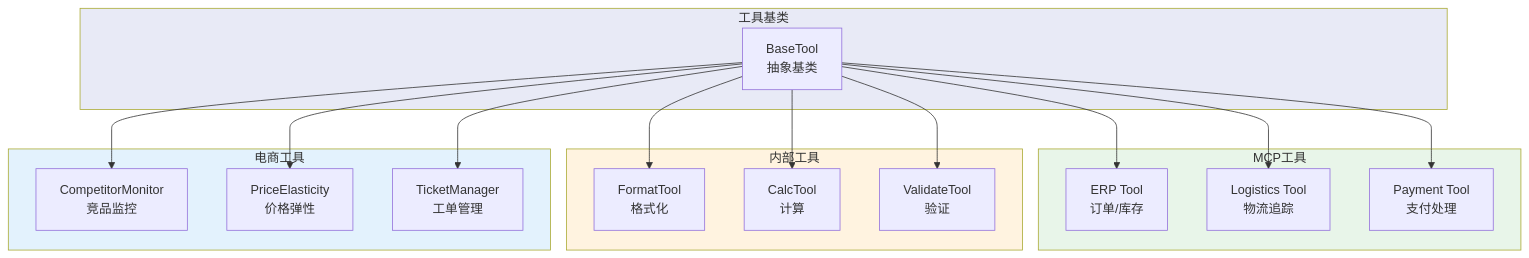
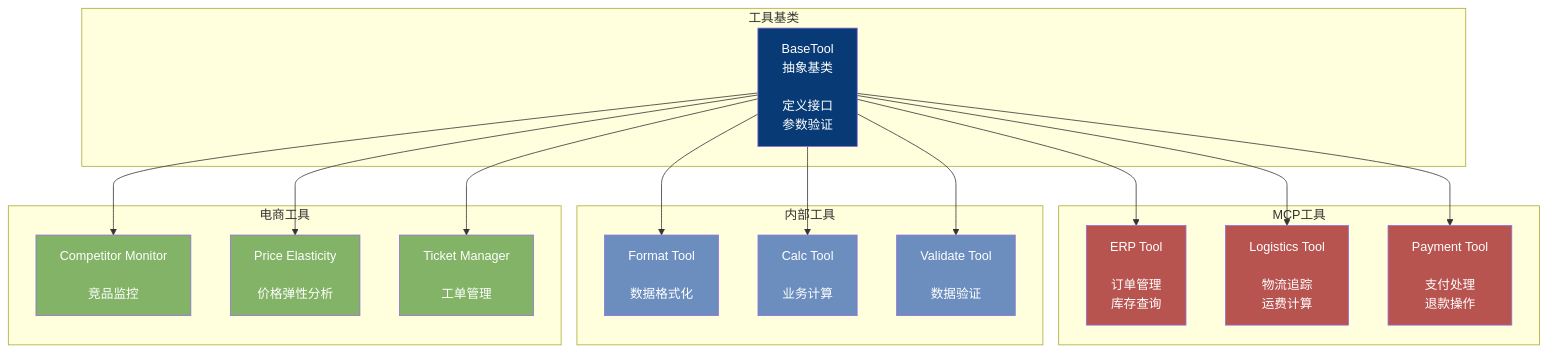
The first of 2 diagrams in OpsPilot/docs/architecture/module-tool.md (Aiting-for-you/OpsPilot), drawn with Mermaid before and after one commit. The commit also changed other lines of this file and 6 other files, not shown here.

Commit message:
style: 重构架构图设计，采用C4模型原则

````diff
--- a/OpsPilot/docs/architecture/module-tool.md
+++ b/OpsPilot/docs/architecture/module-tool.md
@@ -5,39 +5,45 @@
 ```mermaid
 graph TB
     subgraph 工具基类
-        BASE["BaseTool<br/>抽象基类"]
+        BASE[BaseTool<br/>抽象基类<br/><br/>定义接口<br/>参数验证]
     end
-    
+
     subgraph MCP工具
-        ERP["ERP Tool<br/>订单/库存"]
-        LOG["Logistics Tool<br/>物流追踪"]
-        PAY["Payment Tool<br/>支付处理"]
+        ERP[ERP Tool<br/><br/>订单管理<br/>库存查询]
+        LOG[Logistics Tool<br/><br/>物流追踪<br/>运费计算]
+        PAY[Payment Tool<br/><br/>支付处理<br/>退款操作]
     end
-    
+
     subgraph 内部工具
-        FORMAT["FormatTool<br/>格式化"]
-        CALC["CalcTool<br/>计算"]
-        VALIDATE["ValidateTool<br/>验证"]
+        FORMAT[Format Tool<br/><br/>数据格式化]
+        CALC[Calc Tool<br/><br/>业务计算]
+        VALIDATE[Validate Tool<br/><br/>数据验证]
     end
-    
+
     subgraph 电商工具
-        COMPETITOR["CompetitorMonitor<br/>竞品监控"]
-        ELASTIC["PriceElasticity<br/>价格弹性"]
-        TICKET["TicketManager<br/>工单管理"]
+        COMPETITOR[Competitor Monitor<br/><br/>竞品监控]
+        ELASTIC[Price Elasticity<br/><br/>价格弹性分析]
+        TICKET[Ticket Manager<br/><br/>工单管理]
     end
-    
+
     BASE --> ERP
     BASE --> LOG
     BASE --> PAY
     BASE --> FORMAT
     BASE --> CALC
     BASE --> VALIDATE
     BASE --> COMPETITOR
     BASE --> ELASTIC
     BASE --> TICKET
 
-    style 工具基类 fill:#e8eaf6
-    style MCP工具 fill:#e8f5e9
-    style 内部工具 fill:#fff3e0
-    style 电商工具 fill:#e3f2fd
+    style BASE fill:#083B75,color:#fff
+    style ERP fill:#B85450,color:#fff
+    style LOG fill:#B85450,color:#fff
+    style PAY fill:#B85450,color:#fff
+    style FORMAT fill:#6C8EBF,color:#fff
+    style CALC fill:#6C8EBF,color:#fff
+    style VALIDATE fill:#6C8EBF,color:#fff
+    style COMPETITOR fill:#82B366,color:#fff
+    style ELASTIC fill:#82B366,color:#fff
+    style TICKET fill:#82B366,color:#fff
 ```
````
